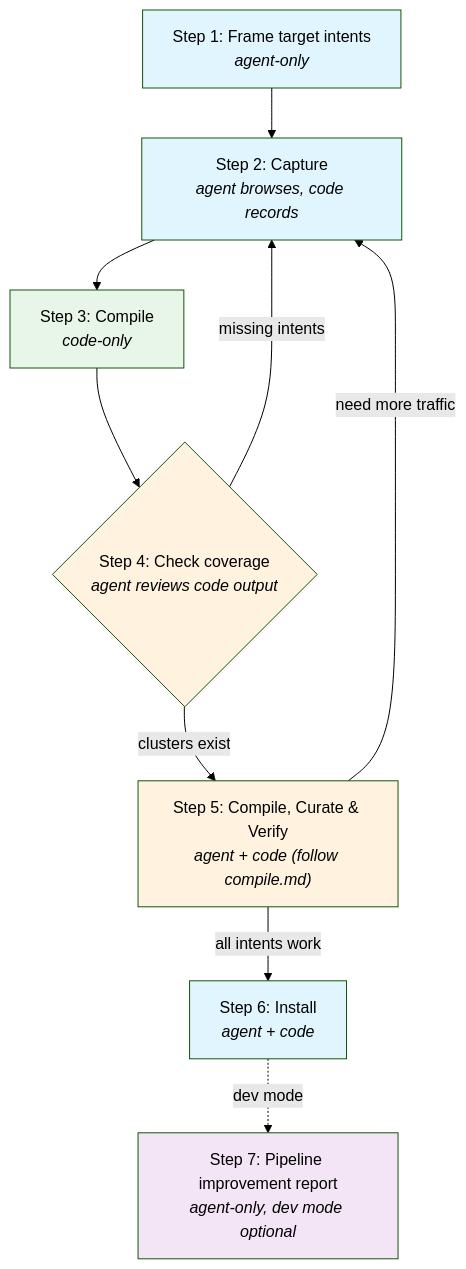
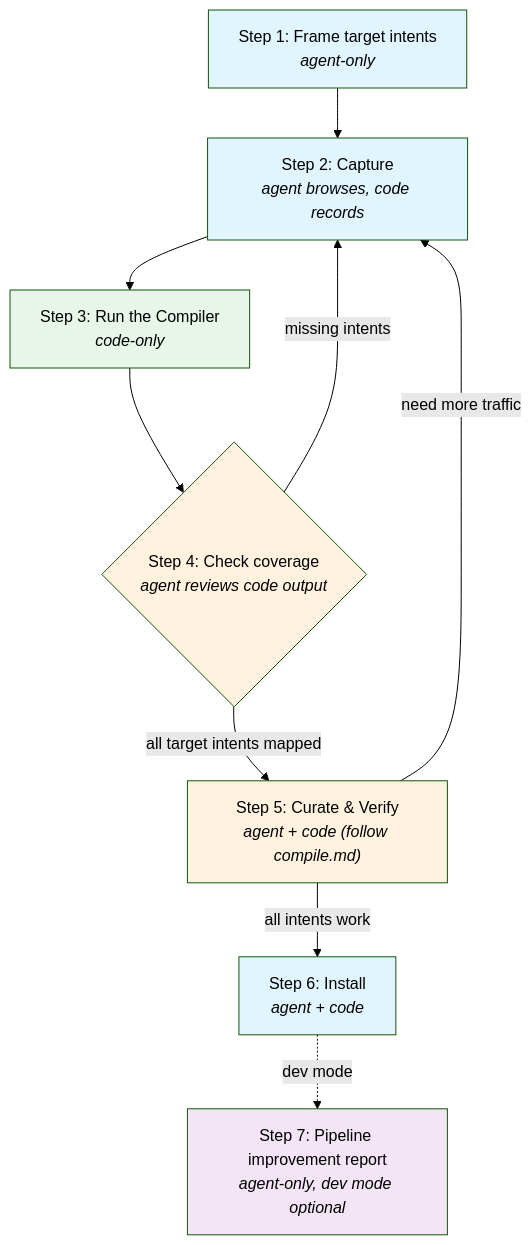
The diagram in skill/openweb/references/discover.md (openweb-org/openweb), drawn with Mermaid (forest theme) before and after one commit. The commit also changed other lines of this file and 6 other files, not shown here.

````diff
--- a/skill/openweb/references/discover.md
+++ b/skill/openweb/references/discover.md
@@ -83,27 +83,27 @@
 ```mermaid
 flowchart TD
     S1["Step 1: Frame target intents<br/><i>agent-only</i>"]
     S2["Step 2: Capture<br/><i>agent browses, code records</i>"]
-    S3["Step 3: Compile<br/><i>code-only</i>"]
+    S3["Step 3: Run the Compiler<br/><i>code-only</i>"]
     S4{"Step 4: Check coverage<br/><i>agent reviews code output</i>"}
-    S5["Step 5: Compile, Curate & Verify<br/><i>agent + code (follow compile.md)</i>"]
+    S5["Step 5: Curate &amp; Verify<br/><i>agent + code (follow compile.md)</i>"]
     S6["Step 6: Install<br/><i>agent + code</i>"]
     S7["Step 7: Pipeline improvement report<br/><i>agent-only, dev mode optional</i>"]
 
     S1 --> S2
     S2 --> S3
     S3 --> S4
     S4 -->|"missing intents"| S2
-    S4 -->|"clusters exist"| S5
+    S4 -->|"all target intents mapped"| S5
     S5 -->|"all intents work"| S6
     S5 -->|"need more traffic"| S2
     S6 -.->|"dev mode"| S7
 
     style S1 fill:#e1f5fe
     style S2 fill:#e1f5fe
     style S3 fill:#e8f5e9
     style S4 fill:#fff3e0
     style S5 fill:#fff3e0
     style S6 fill:#e1f5fe
     style S7 fill:#f3e5f5
 ```
````
